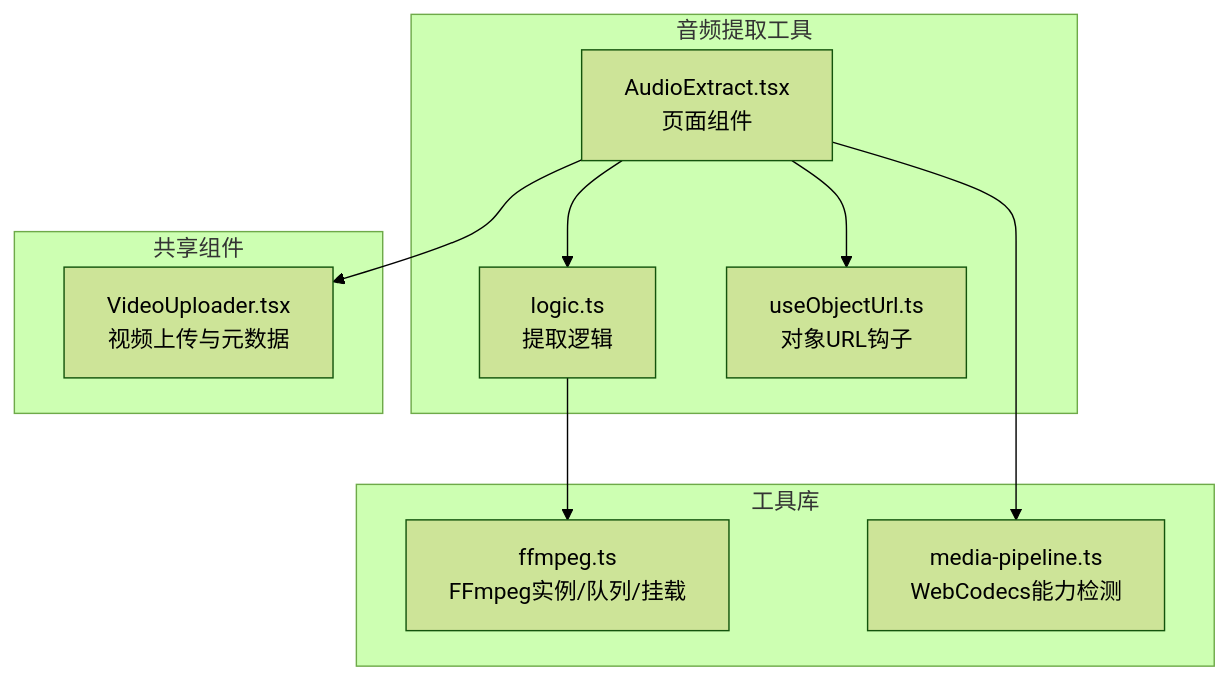
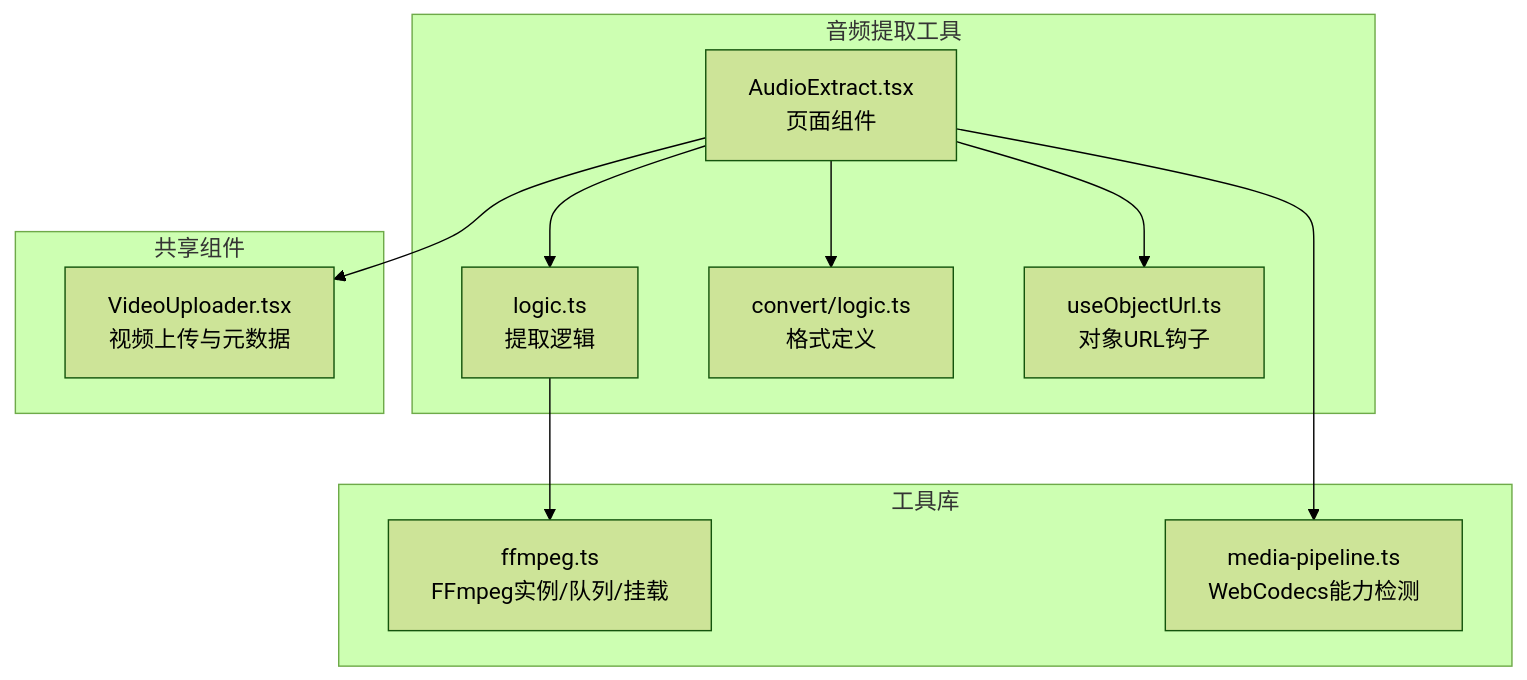
One commit to sgyy/privadeck changed the first of 5 diagrams in .qoder/repowiki/zh/content/音频工具/音频提取.md. Above: the diagram before and after it, drawn with Mermaid (forest theme). The commit also changed other lines of this file and 48 other files, not shown here.

````diff
--- a/.qoder/repowiki/zh/content/音频工具/音频提取.md
+++ b/.qoder/repowiki/zh/content/音频工具/音频提取.md
@@ -37,20 +51,22 @@
 ```mermaid
 graph TB
 subgraph "音频提取工具"
 AE["AudioExtract.tsx<br/>页面组件"]
 LG["logic.ts<br/>提取逻辑"]
+CO["convert/logic.ts<br/>格式定义"]
 VO["useObjectUrl.ts<br/>对象URL钩子"]
 end
 subgraph "工具库"
 FF["ffmpeg.ts<br/>FFmpeg实例/队列/挂载"]
 MP["media-pipeline.ts<br/>WebCodecs能力检测"]
 end
 subgraph "共享组件"
 VU["VideoUploader.tsx<br/>视频上传与元数据"]
 end
 AE --> LG
+AE --> CO
 AE --> VO
 LG --> FF
 AE --> VU
 AE --> MP
 ```
````
